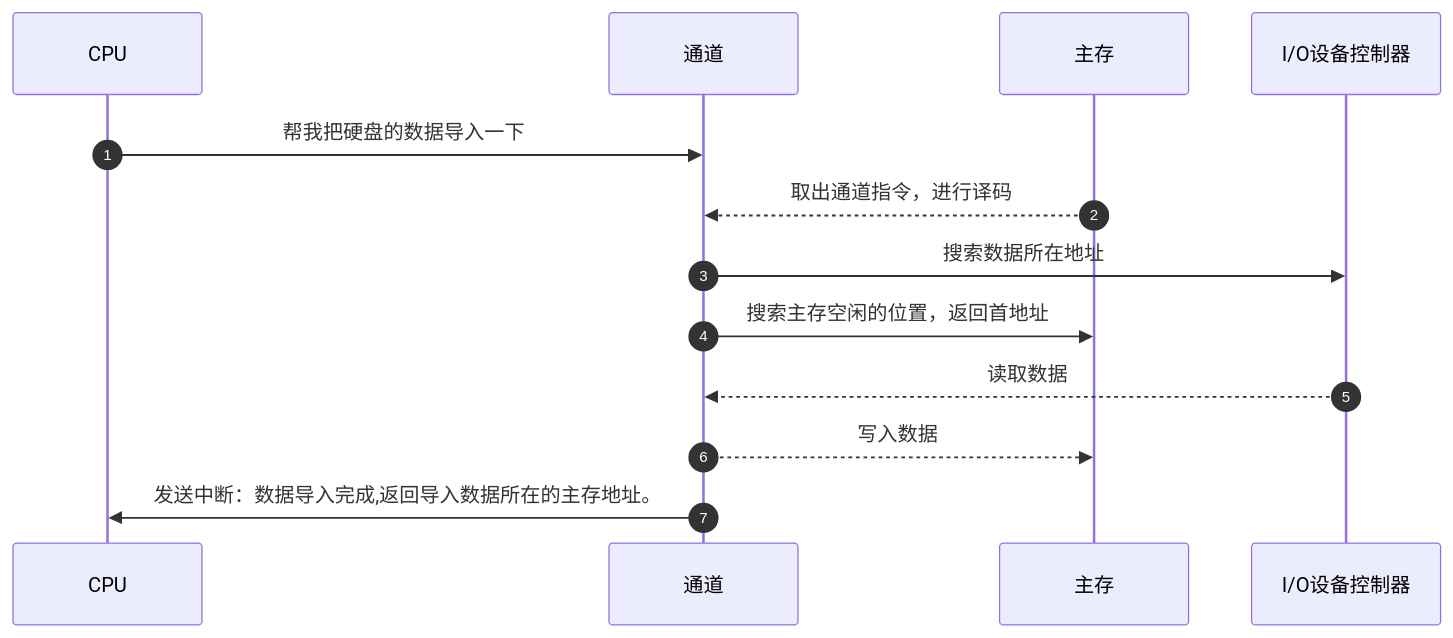
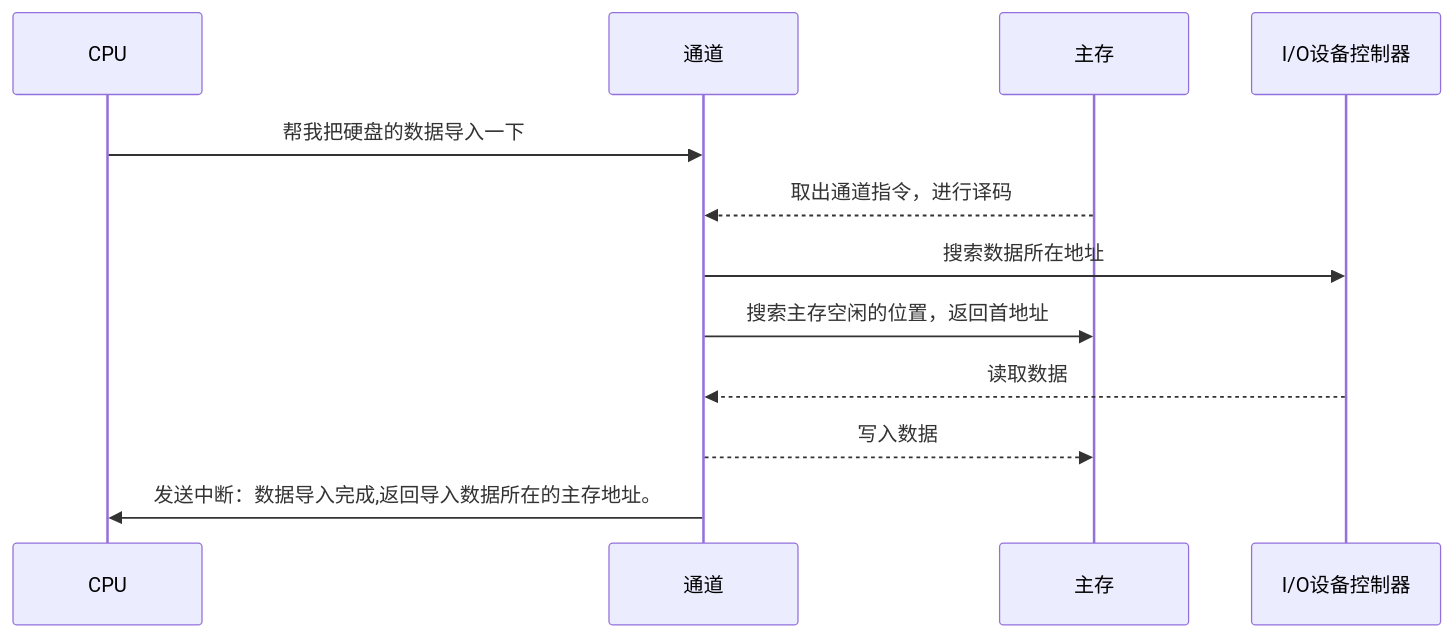
Before and after one commit to sorryle/sorryle.github.io: the fourth of 4 diagrams in _posts/2021/2021-02-04-system-structure.md, drawn with Mermaid.

Commit message:
流程图

````diff
--- a/_posts/2021/2021-02-04-system-structure.md
+++ b/_posts/2021/2021-02-04-system-structure.md
@@ -120,15 +120,14 @@
 ```mermaid
 sequenceDiagram
-	autonumber
     participant CPU
     participant 通道
     participant 主存
     participant I/O设备控制器
     CPU->>通道: 帮我把硬盘的数据导入一下
     主存-->>通道: 取出通道指令，进行译码
     通道->>I/O设备控制器: 搜索数据所在地址
     通道->>主存: 搜索主存空闲的位置，返回首地址
     I/O设备控制器-->>通道: 读取数据
     通道-->>主存: 写入数据
    	通道->>CPU: 发送中断：数据导入完成,返回导入数据所在的主存地址。
 ```
````
